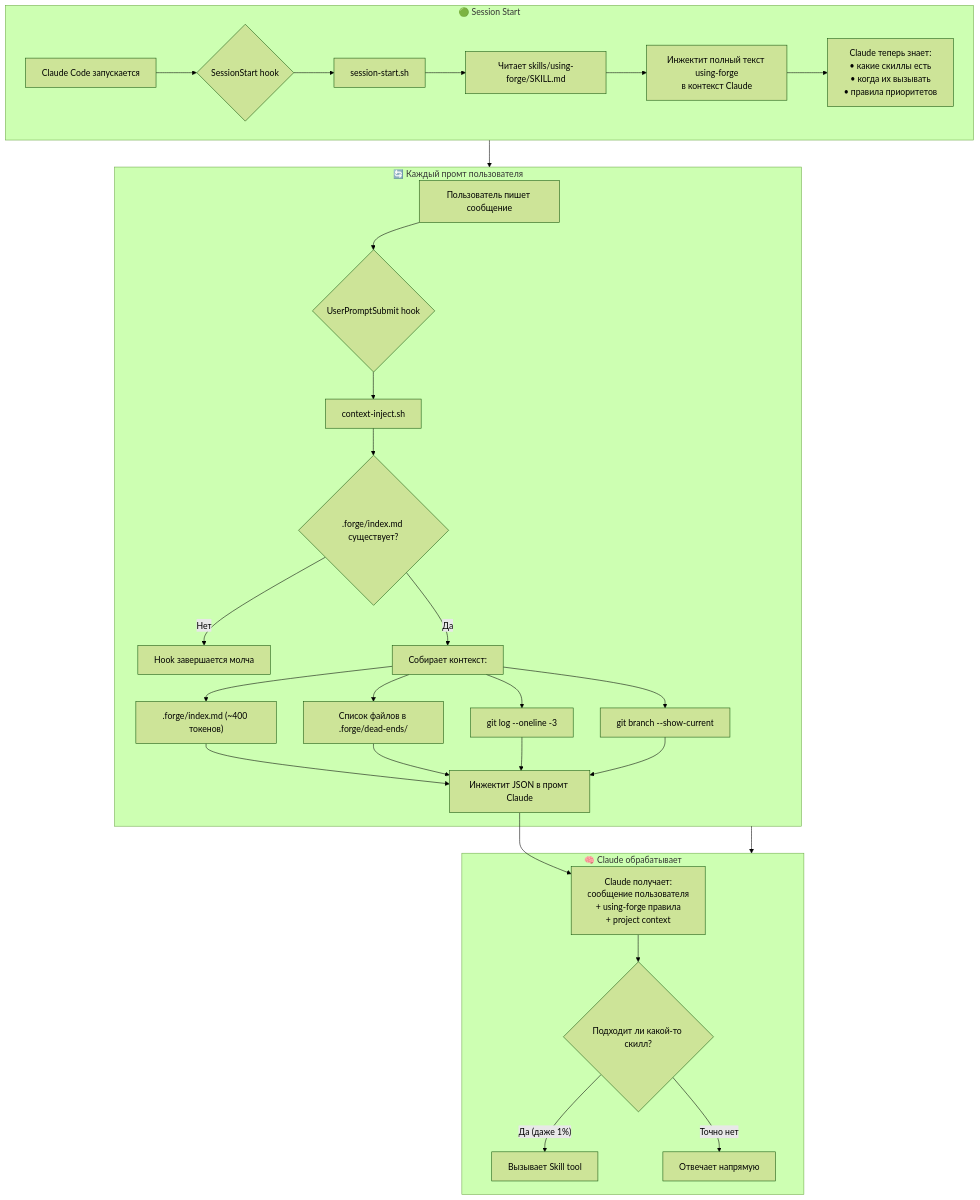
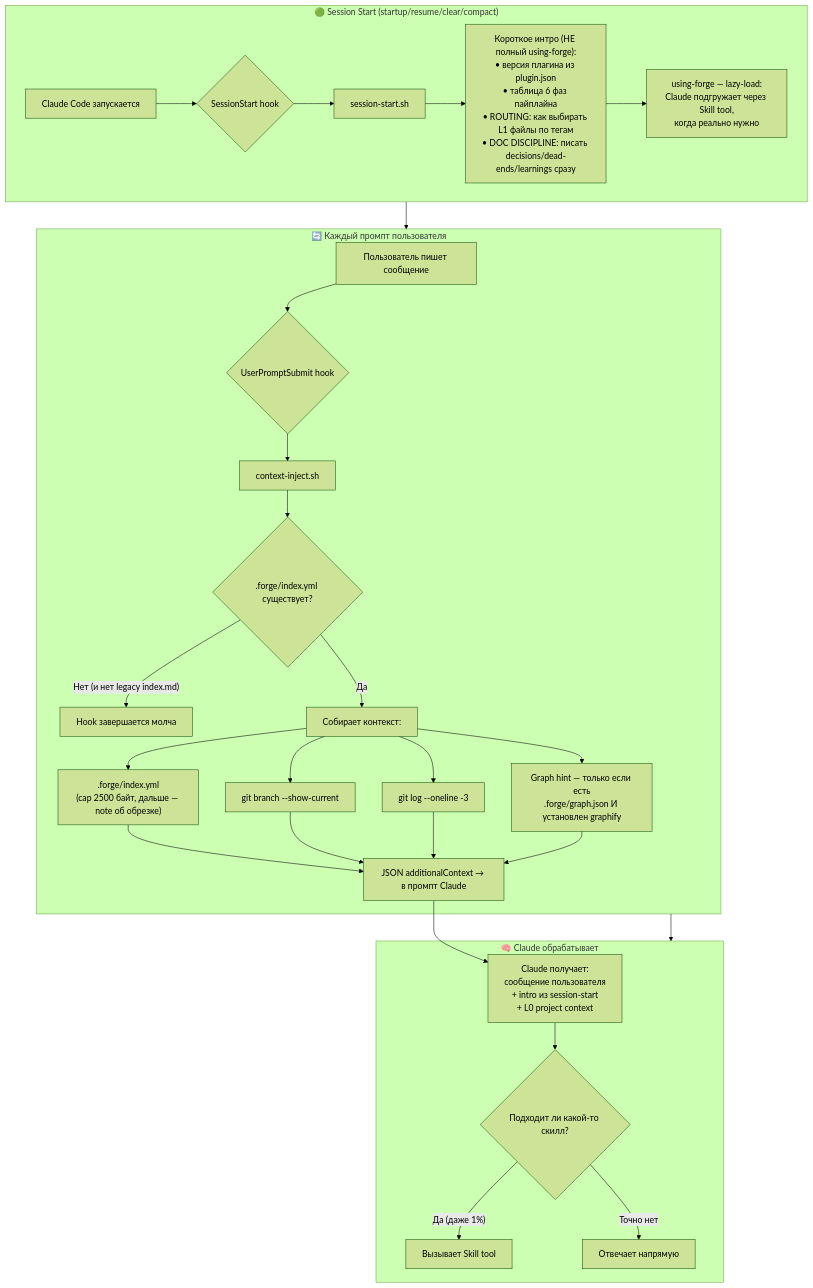
One commit to anton-ai5010/forge changed the first of 4 diagrams in forge-plugin/docs/forge-runtime-flow.md. Above: the diagram before and after it, drawn with Mermaid (forest theme). The commit also changed other lines of this file and 20 other files, not shown here.

````diff
--- a/forge-plugin/docs/forge-runtime-flow.md
+++ b/forge-plugin/docs/forge-runtime-flow.md
@@ -9,33 +25,32 @@
 ```mermaid
 flowchart TB
-    subgraph SESSION_START["🟢 Session Start"]
+    subgraph SESSION_START["🟢 Session Start (startup/resume/clear/compact)"]
         A[Claude Code запускается] --> B{SessionStart hook}
         B --> C[session-start.sh]
-        C --> D["Читает skills/using-forge/SKILL.md"]
-        D --> E["Инжектит полный текст using-forge<br/>в контекст Claude"]
-        E --> F["Claude теперь знает:<br/>• какие скиллы есть<br/>• когда их вызывать<br/>• правила приоритетов"]
+        C --> D["Короткое интро (НЕ полный using-forge):<br/>• версия плагина из plugin.json<br/>• таблица 6 фаз пайплайна<br/>• ROUTING: как выбирать L1 файлы по тегам<br/>• DOC DISCIPLINE: писать decisions/dead-ends/learnings сразу"]
+        D --> E["using-forge — lazy-load:<br/>Claude подгружает через Skill tool,<br/>когда реально нужно"]
     end
 
-    subgraph EVERY_PROMPT["🔄 Каждый промт пользователя"]
+    subgraph EVERY_PROMPT["🔄 Каждый промпт пользователя"]
         G[Пользователь пишет сообщение] --> H{UserPromptSubmit hook}
         H --> I[context-inject.sh]
-        I --> J{.forge/index.md существует?}
-        J -- Нет --> K[Hook завершается молча]
+        I --> J{.forge/index.yml существует?}
+        J -- "Нет (и нет legacy index.md)" --> K[Hook завершается молча]
         J -- Да --> L["Собирает контекст:"]
-        L --> L1[".forge/index.md (~400 токенов)"]
-        L --> L2["Список файлов в .forge/dead-ends/"]
+        L --> L1[".forge/index.yml<br/>(cap 2500 байт, дальше — note об обрезке)"]
+        L --> L2["git branch --show-current"]
         L --> L3["git log --oneline -3"]
-        L --> L4["git branch --show-current"]
-        L1 & L2 & L3 & L4 --> M["Инжектит JSON в промт Claude"]
+        L --> L4["Graph hint — только если есть<br/>.forge/graph.json И установлен graphify"]
+        L1 & L2 & L3 & L4 --> M["JSON additionalContext → в промпт Claude"]
     end
 
     subgraph CLAUDE_THINKS["🧠 Claude обрабатывает"]
-        M --> N["Claude получает:<br/>сообщение пользователя<br/>+ using-forge правила<br/>+ project context"]
+        M --> N["Claude получает:<br/>сообщение пользователя<br/>+ intro из session-start<br/>+ L0 project context"]
         N --> O{Подходит ли какой-то скилл?}
         O -- "Да (даже 1%)" --> P["Вызывает Skill tool"]
         O -- "Точно нет" --> Q["Отвечает напрямую"]
     end
 
     SESSION_START --> EVERY_PROMPT
     EVERY_PROMPT --> CLAUDE_THINKS
 ```
````
